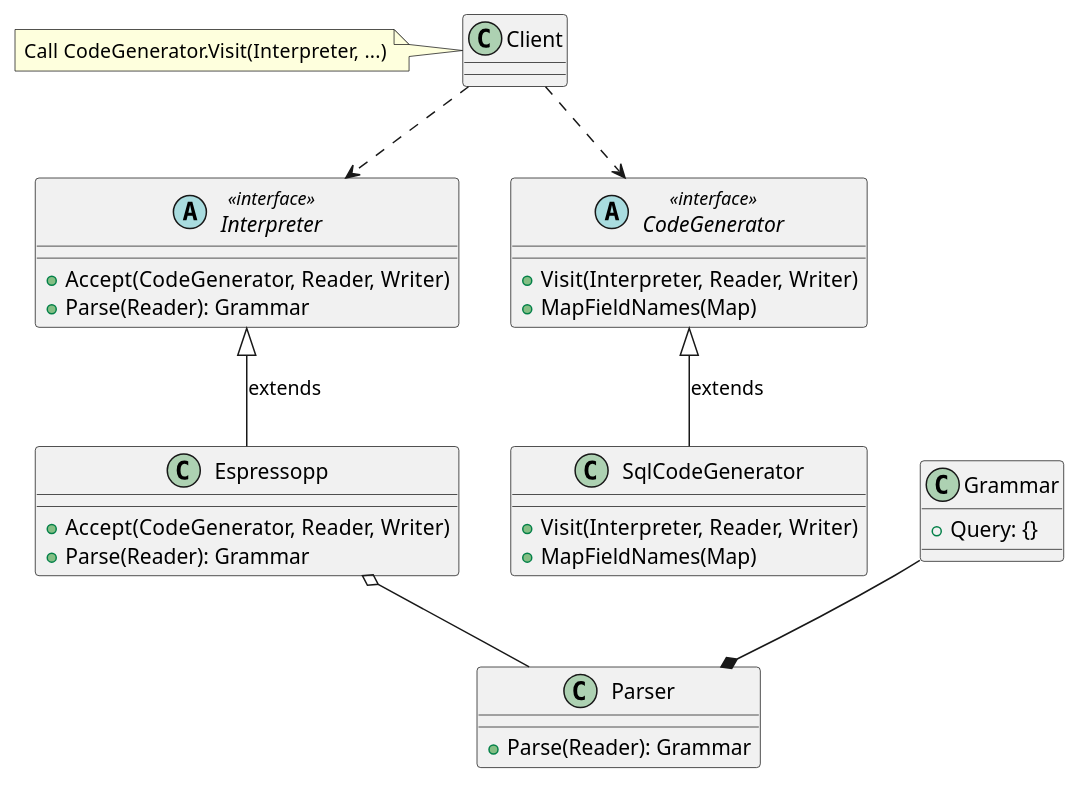
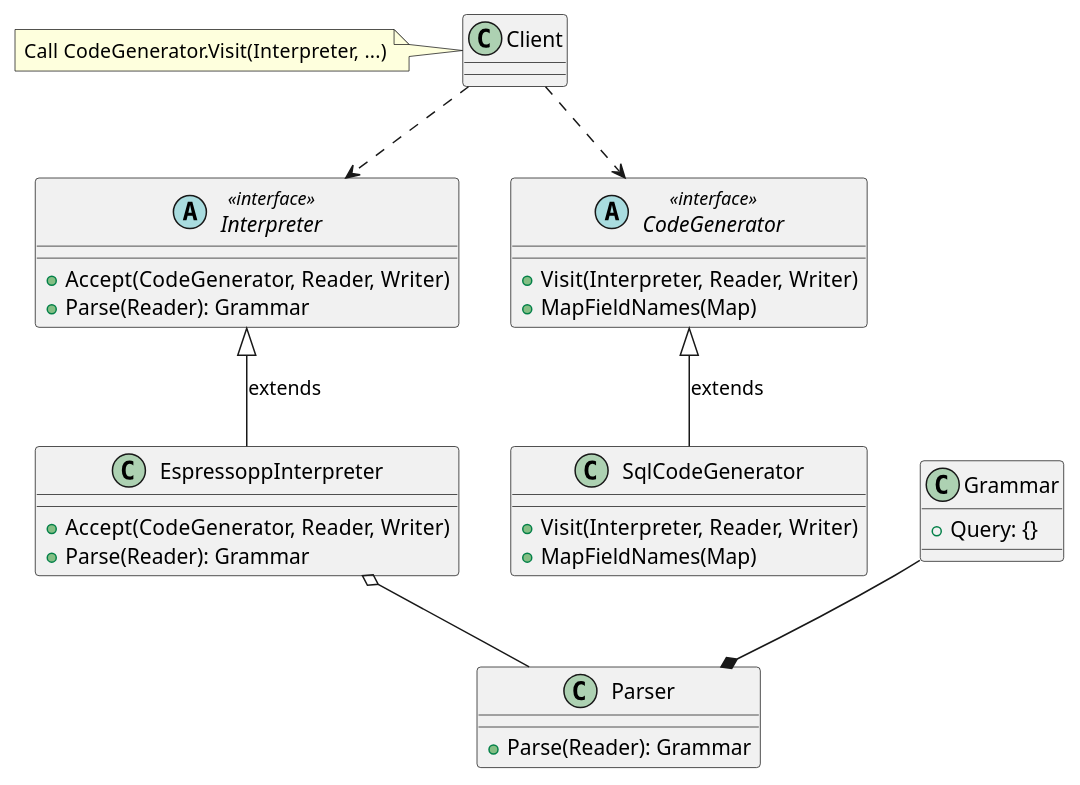
The second of 4 diagrams in docs/espressopp-sdd.adoc (skeeterhealth/espressopp), drawn with PlantUML before and after one commit. The commit also changed other lines of this file, not shown here.

Commit message:
feat: rename Espessopp to EspressoppInterpreter

```diff
--- a/docs/espressopp-sdd.adoc
+++ b/docs/espressopp-sdd.adoc
@@ -93,32 +93,32 @@
 [plantuml, format="png", id="key-elements"]
 ----
 abstract class Interpreter <<interface>> {
   +Accept(CodeGenerator, Reader, Writer)
   +Parse(Reader): Grammar
 }
-class Espressopp {
+class EspressoppInterpreter {
   +Accept(CodeGenerator, Reader, Writer)
   +Parse(Reader): Grammar
 }
-abstract class CodeGenerator<<interface>> {
+abstract class CodeGenerator <<interface>> {
   +Visit(Interpreter, Reader, Writer)
   +MapFieldNames(Map)
 }
 class SqlCodeGenerator {
   +Visit(Interpreter, Reader, Writer)
   +MapFieldNames(Map)
 }
 class Parser{
   +Parse(Reader): Grammar
 }
 class Grammar{
   +Query: {}
 }
 Client ..> Interpreter
 Client ..> CodeGenerator
-Interpreter <|-- Espressopp : extends
+Interpreter <|-- EspressoppInterpreter : extends
 note left: Call CodeGenerator.Visit(Interpreter, ...)
 CodeGenerator <|-- SqlCodeGenerator : extends
-Espressopp o-- Parser
+EspressoppInterpreter o-- Parser
 Grammar --* Parser
 ----
```
